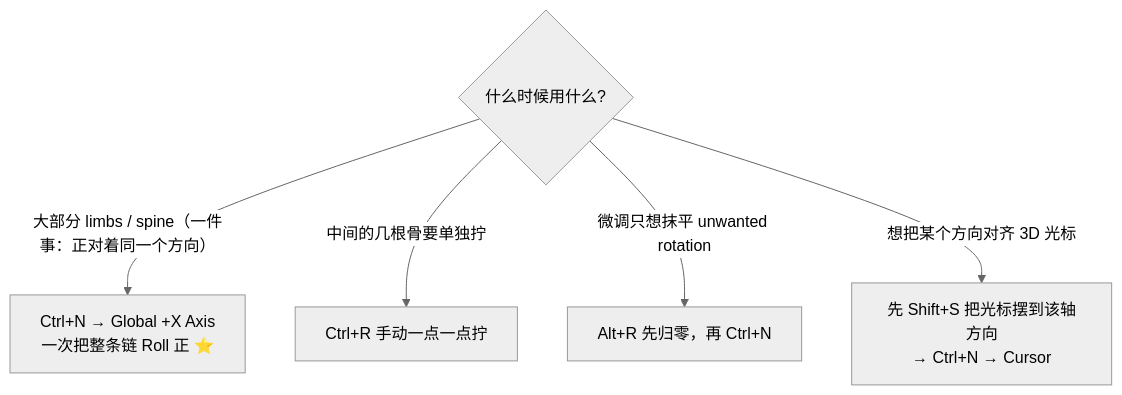
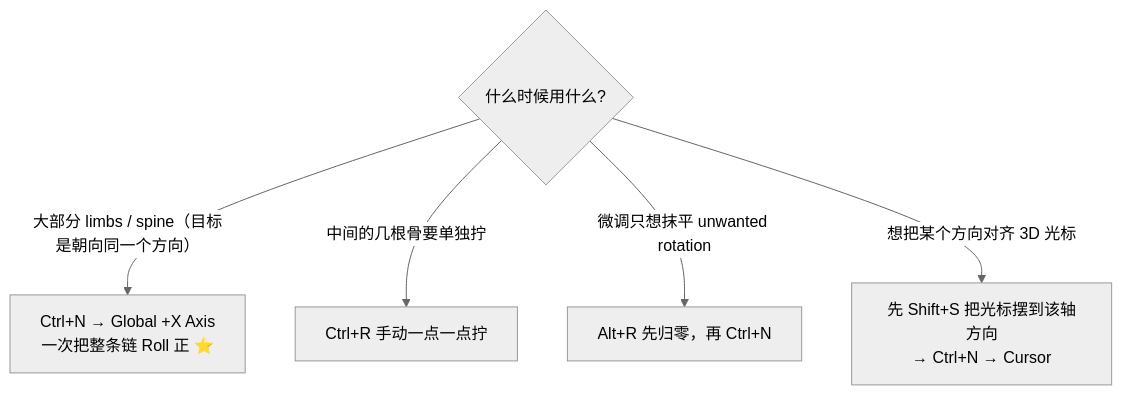
The second of 4 diagrams in Blender笔记/支线/绑定与动画/03-骨骼轴向-Roll-左右对称与X轴镜像.md (liuchamp/blenderdsv1), drawn with Mermaid (neutral theme) before and after one commit. The commit also changed other lines of this file and 16 other files, not shown here.

Commit message:
更新 Blender 笔记：补全绑定与动画 06-09 及速查与路线图修订

````diff
--- a/Blender笔记/支线/绑定与动画/03-骨骼轴向-Roll-左右对称与X轴镜像.md
+++ b/Blender笔记/支线/绑定与动画/03-骨骼轴向-Roll-左右对称与X轴镜像.md
@@ -38,8 +38,8 @@
 ```mermaid
 flowchart TD
     Q{"什么时候用什么?"}
-    Q -->|"大部分 limbs / spine（一件事：正对着同一个方向）"| A["Ctrl+N → Global +X Axis<br/>一次把整条链 Roll 正 ⭐"]
+    Q -->|"大部分 limbs / spine（目标是朝向同一个方向）"| A["Ctrl+N → Global +X Axis<br/>一次把整条链 Roll 正 ⭐"]
     Q -->|"中间的几根骨要单独拧"| B["Ctrl+R 手动一点一点拧"]
     Q -->|"微调只想抹平 unwanted rotation"| C["Alt+R 先归零，再 Ctrl+N"]
     Q -->|"想把某个方向对齐 3D 光标"| D["先 Shift+S 把光标摆到该轴方向<br/>→ Ctrl+N → Cursor"]
 ```
````
